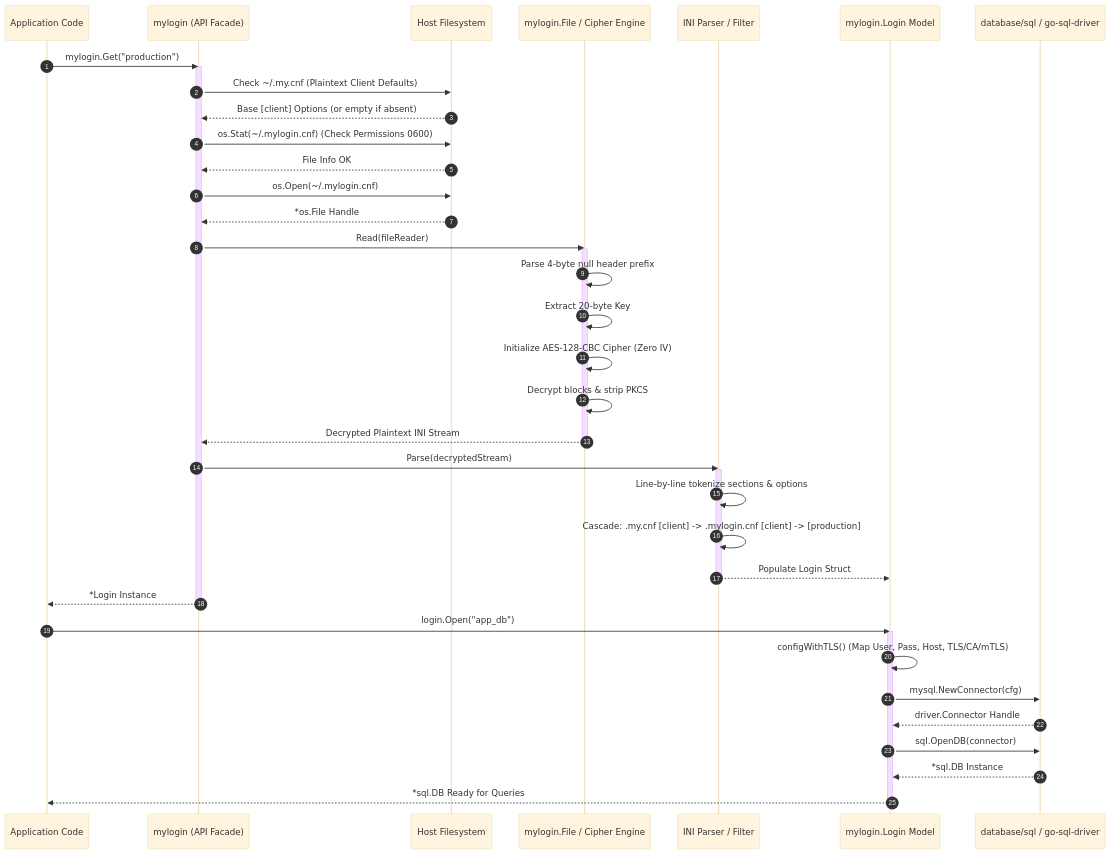
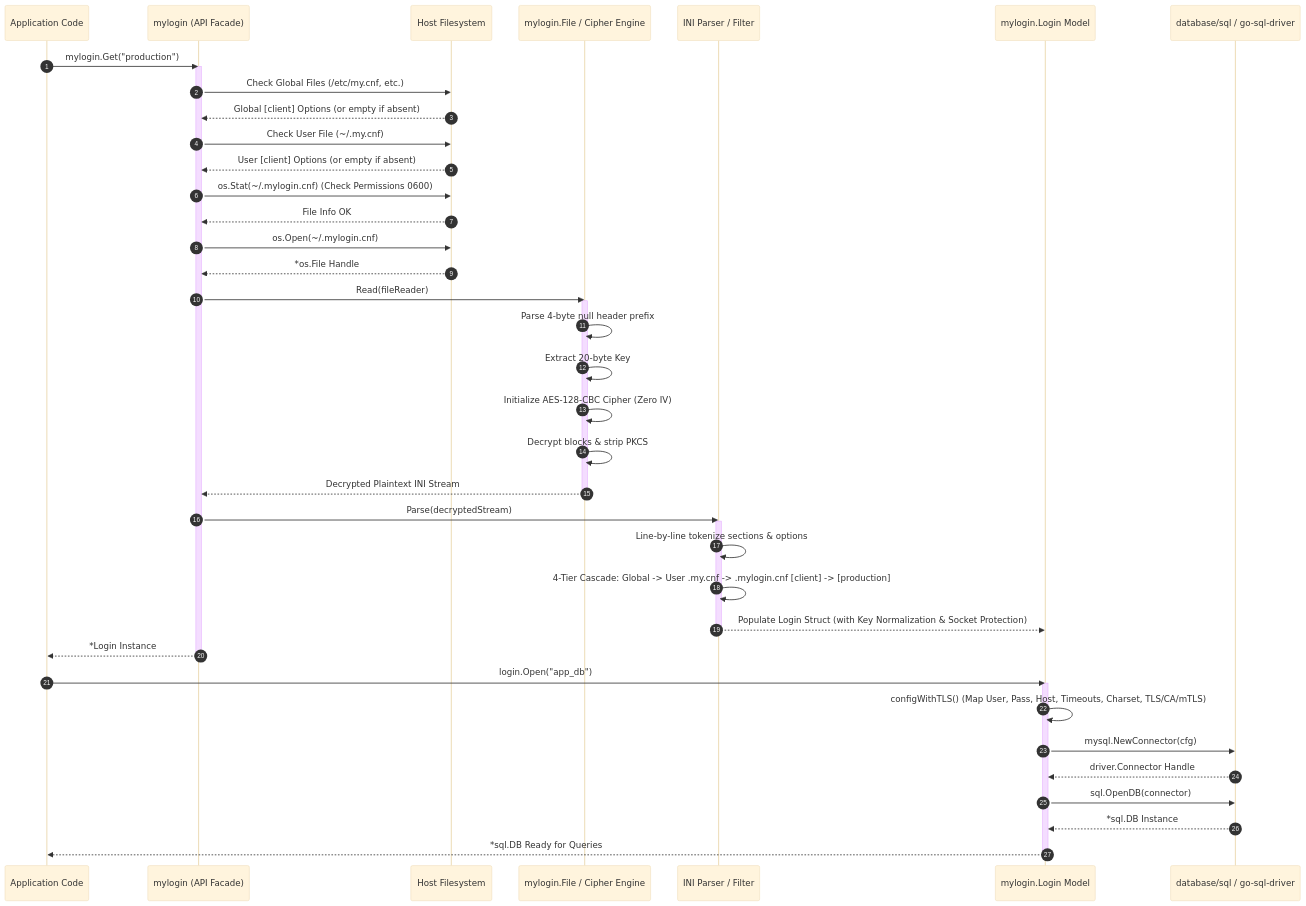
One commit to edsilegxrepo/mylogin changed the second of 4 diagrams in ARCHITECTURE.md. Above: the diagram before and after it, drawn with Mermaid (base theme). The commit also changed other lines of this file and 18 other files, not shown here.

First line of the commit message:
feat: add global option file discovery, 4-tier cascade, and property mapping (v1.7.0)

````diff
--- a/ARCHITECTURE.md
+++ b/ARCHITECTURE.md
@@ -152,46 +170,48 @@
 ```mermaid
 sequenceDiagram
     autonumber
     participant App as Application Code
     participant API as mylogin (API Facade)
     participant FS as Host Filesystem
     participant Engine as mylogin.File / Cipher Engine
     participant Parser as INI Parser / Filter
     participant Model as mylogin.Login Model
     participant Driver as database/sql / go-sql-driver
 
     App->>API: mylogin.Get("production")
     activate API
-    API->>FS: Check ~/.my.cnf (Plaintext Client Defaults)
-    FS-->>API: Base [client] Options (or empty if absent)
+    API->>FS: Check Global Files (/etc/my.cnf, etc.)
+    FS-->>API: Global [client] Options (or empty if absent)
+    API->>FS: Check User File (~/.my.cnf)
+    FS-->>API: User [client] Options (or empty if absent)
     API->>FS: os.Stat(~/.mylogin.cnf) (Check Permissions 0600)
     FS-->>API: File Info OK
     API->>FS: os.Open(~/.mylogin.cnf)
     FS-->>API: *os.File Handle
     API->>Engine: Read(fileReader)
     activate Engine
     Engine->>Engine: Parse 4-byte null header prefix
     Engine->>Engine: Extract 20-byte Key
     Engine->>Engine: Initialize AES-128-CBC Cipher (Zero IV)
     Engine->>Engine: Decrypt blocks & strip PKCS#7 padding
     Engine-->>API: Decrypted Plaintext INI Stream
     deactivate Engine
     API->>Parser: Parse(decryptedStream)
     activate Parser
     Parser->>Parser: Line-by-line tokenize sections & options
-    Parser->>Parser: Cascade: .my.cnf [client] -> .mylogin.cnf [client] -> [production]
-    Parser-->>Model: Populate Login Struct
+    Parser->>Parser: 4-Tier Cascade: Global -> User .my.cnf -> .mylogin.cnf [client] -> [production]
+    Parser-->>Model: Populate Login Struct (with Key Normalization & Socket Protection)
     deactivate Parser
     API-->>App: *Login Instance
     deactivate API
 
     App->>Model: login.Open("app_db")
     activate Model
-    Model->>Model: configWithTLS() (Map User, Pass, Host, TLS/CA/mTLS)
+    Model->>Model: configWithTLS() (Map User, Pass, Host, Timeouts, Charset, TLS/CA/mTLS)
     Model->>Driver: mysql.NewConnector(cfg)
     Driver-->>Model: driver.Connector Handle
     Model->>Driver: sql.OpenDB(connector)
     Driver-->>Model: *sql.DB Instance
     Model-->>App: *sql.DB Ready for Queries
     deactivate Model
 ```
````
